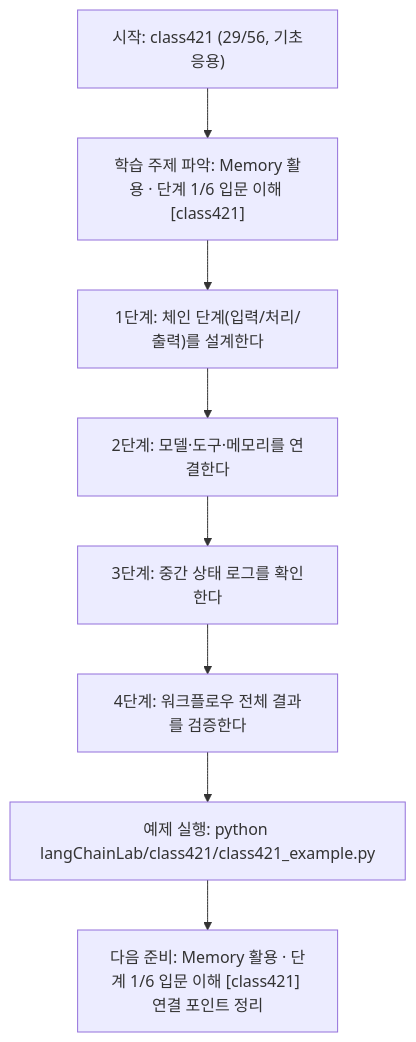
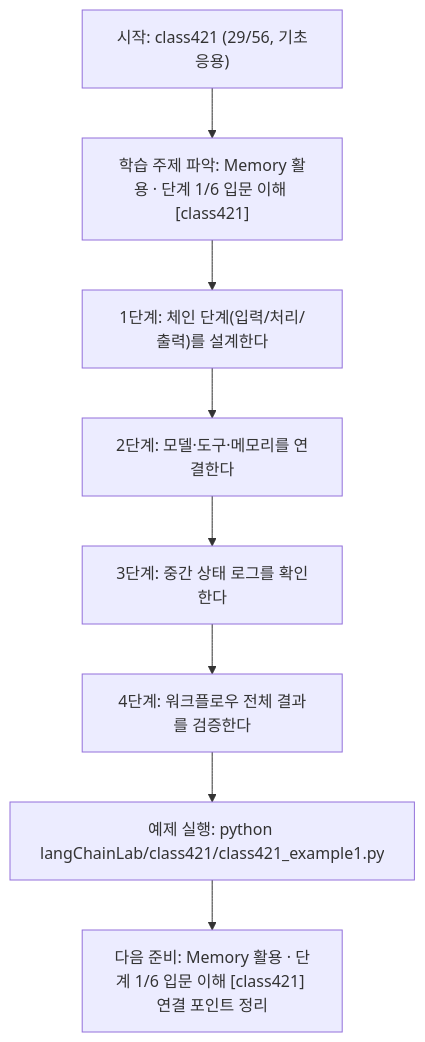
The diagram in langChainLab/class421/class421.md (edumgt/Python-AI_Agent-Class), drawn with Mermaid before and after one commit. The commit also changed other lines of this file and 2959 other files, not shown here.

````diff
--- a/langChainLab/class421/class421.md
+++ b/langChainLab/class421/class421.md
@@ -109,18 +109,18 @@
 ```mermaid
 flowchart TD
 N1["시작: class421 (29/56, 기초응용)"]
 N2["학습 주제 파악: Memory 활용 · 단계 1/6 입문 이해 [class421]"]
 N3["1단계: 체인 단계(입력/처리/출력)를 설계한다"]
 N4["2단계: 모델·도구·메모리를 연결한다"]
 N5["3단계: 중간 상태 로그를 확인한다"]
 N6["4단계: 워크플로우 전체 결과를 검증한다"]
-N7["예제 실행: python langChainLab/class421/class421_example.py"]
+N7["예제 실행: python langChainLab/class421/class421_example1.py"]
 N8["다음 준비: Memory 활용 · 단계 1/6 입문 이해 [class421] 연결 포인트 정리"]
 N1 --> N2
 N2 --> N3
 N3 --> N4
 N4 --> N5
 N5 --> N6
 N6 --> N7
 N7 --> N8
 ```
````
